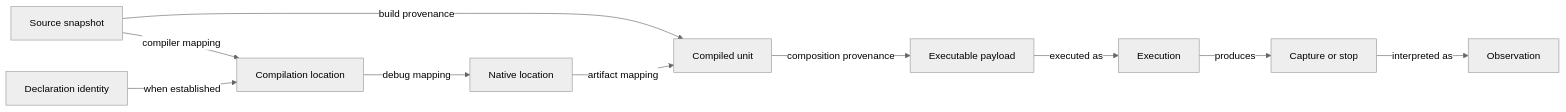
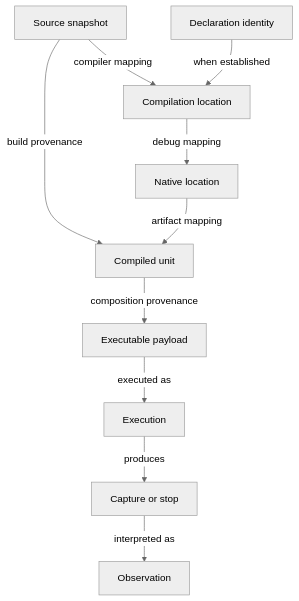
One commit to encero-systems/incan changed the second of 2 diagrams in workspaces/docs-site/docs/RFCs/126_oven_debugging_and_evidence_backed_investigations.md. Above: the diagram before and after it, drawn with Mermaid (neutral theme).

Commit message:
chore - orient investigation identity diagram vertically (1638)

````diff
--- a/workspaces/docs-site/docs/RFCs/126_oven_debugging_and_evidence_backed_investigations.md
+++ b/workspaces/docs-site/docs/RFCs/126_oven_debugging_and_evidence_backed_investigations.md
@@ -173,12 +173,12 @@
 ```mermaid
-flowchart LR
+flowchart TB
     S[Source snapshot] -->|compiler mapping| L[Compilation location]
     D[Declaration identity] -->|when established| L
     L -->|debug mapping| N[Native location]
     S -->|build provenance| U[Compiled unit]
     N -->|artifact mapping| U
     U -->|composition provenance| P[Executable payload]
     P -->|executed as| X[Execution]
     X -->|produces| C[Capture or stop]
     C -->|interpreted as| O[Observation]
 ```
````
